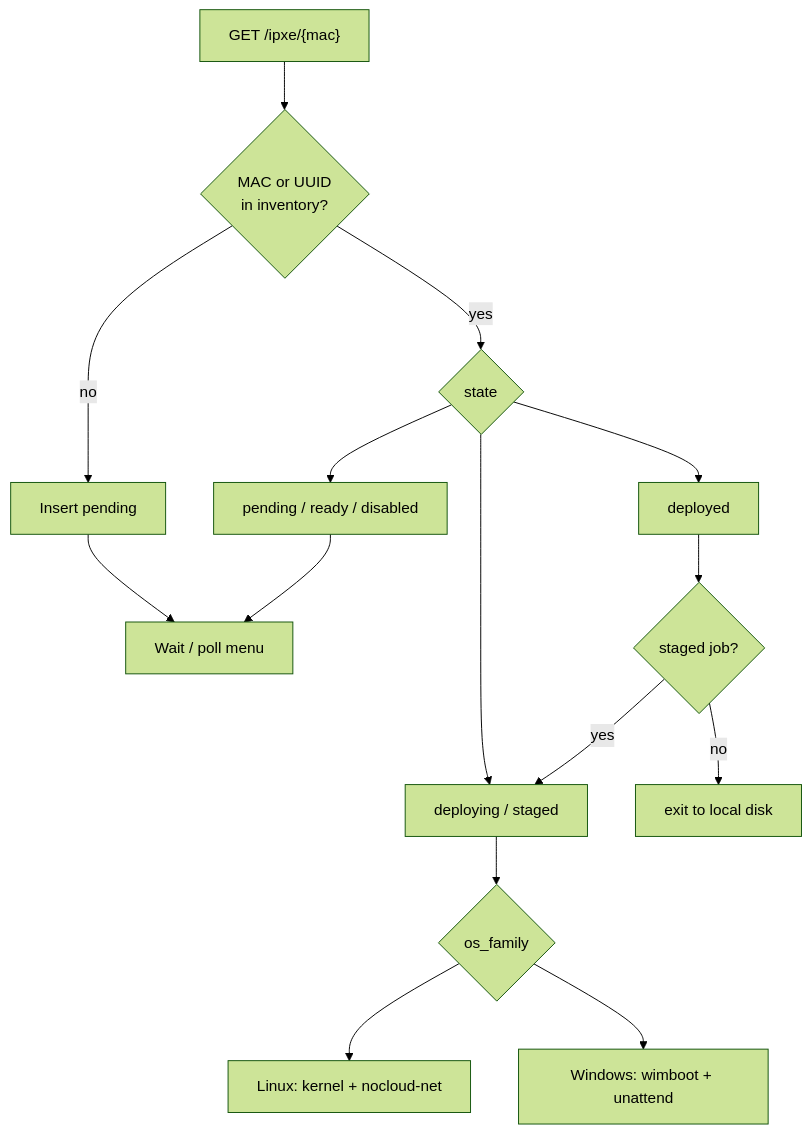
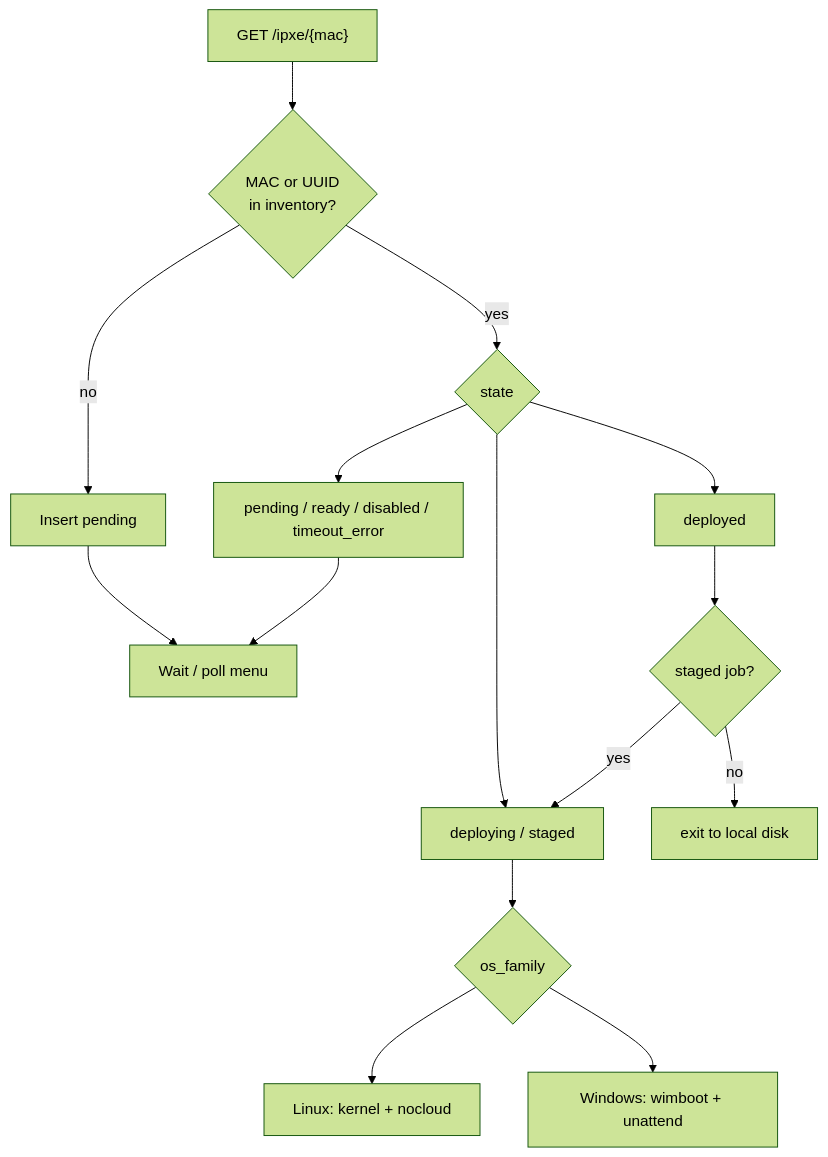
The sixth of 24 diagrams in ARCHITECTURE.md (hometinker12/home-lab-pxe), drawn with Mermaid (forest theme) before and after one commit. The commit also changed other lines of this file and 47 other files, not shown here.

````diff
--- a/ARCHITECTURE.md
+++ b/ARCHITECTURE.md
@@ -150,17 +150,17 @@
 ```mermaid
 flowchart TD
   REQ["GET /ipxe/{mac}"] --> ID{"MAC or UUID<br/>in inventory?"}
   ID -->|no| REG["Insert pending"]
   REG --> WAIT["Wait / poll menu"]
   ID -->|yes| ST{"state"}
-  ST --> pending["pending / ready / disabled"]
+  ST --> pending["pending / ready / disabled / timeout_error"]
   pending --> WAIT
   ST --> inst["deploying / staged"]
   inst --> OS{"os_family"}
-  OS --> linux["Linux: kernel + nocloud-net"]
+  OS --> linux["Linux: kernel + nocloud"]
   OS --> win["Windows: wimboot + unattend"]
   ST --> dep["deployed"]
   dep --> JOB{"staged job?"}
   JOB -->|yes| inst
   JOB -->|no| LOCAL["exit to local disk"]
 ```
````
